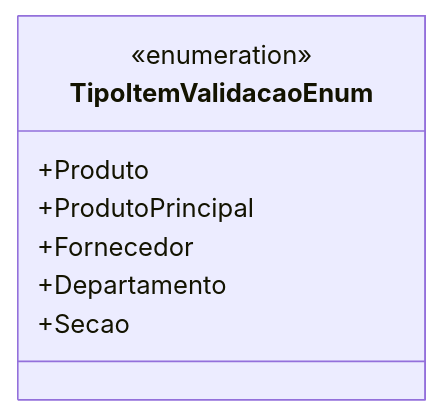
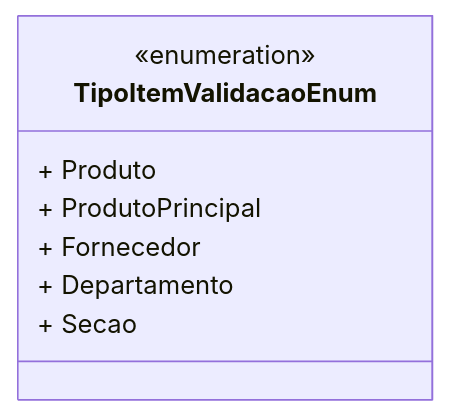
One commit to IsthmusSistemas/documentacao-tecnica changed the diagram in docs/b2b-dominio/IsthmusWinthor.Nucleo/IsthmusWinthor.Dominio/Enumeradores/TipoItemValidacaoEnum.md. Above: the diagram before and after it, drawn with Mermaid. The commit also changed other lines of this file and 882 other files, not shown here.

````diff
--- a/docs/b2b-dominio/IsthmusWinthor.Nucleo/IsthmusWinthor.Dominio/Enumeradores/TipoItemValidacaoEnum.md
+++ b/docs/b2b-dominio/IsthmusWinthor.Nucleo/IsthmusWinthor.Dominio/Enumeradores/TipoItemValidacaoEnum.md
@@ -11,11 +12,11 @@
 ```mermaid
 classDiagram
     class TipoItemValidacaoEnum {
         <<enumeration>>
-        +Produto
-        +ProdutoPrincipal
-        +Fornecedor
-        +Departamento
-        +Secao
+       + Produto
+       + ProdutoPrincipal
+       + Fornecedor
+       + Departamento
+       + Secao
     }
 ```
````
